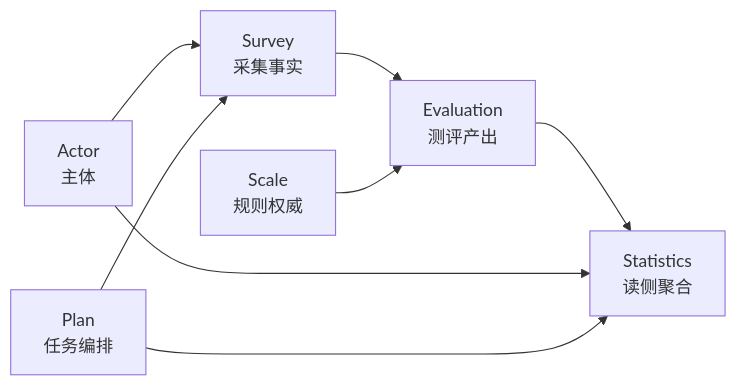
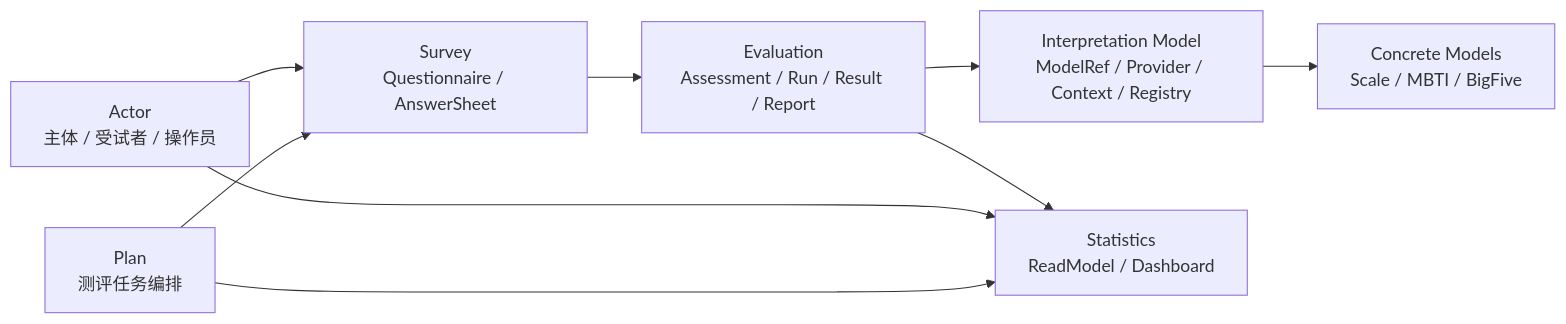
The fourth of 13 diagrams in docs/06-宣讲/10-架构图素材索引.md (FangcunMount/qs-server), drawn with Mermaid before and after one commit. The commit also changed other lines of this file and 25 other files, not shown here.

````diff
--- a/docs/06-宣讲/10-架构图素材索引.md
+++ b/docs/06-宣讲/10-架构图素材索引.md
@@ -244,17 +324,19 @@
 ```mermaid
 flowchart LR
-    Actor["Actor<br/>主体"]
-    Plan["Plan<br/>任务编排"]
-    Survey["Survey<br/>采集事实"]
-    Scale["Scale<br/>规则权威"]
-    Evaluation["Evaluation<br/>测评产出"]
-    Statistics["Statistics<br/>读侧聚合"]
+    Actor["Actor<br/>主体 / 受试者 / 操作员"]
+    Plan["Plan<br/>测评任务编排"]
+    Survey["Survey<br/>Questionnaire / AnswerSheet"]
+    IM["Interpretation Model<br/>ModelRef / Provider / Context / Registry"]
+    Models["Concrete Models<br/>Scale / MBTI / BigFive"]
+    Evaluation["Evaluation<br/>Assessment / Run / Result / Report"]
+    Statistics["Statistics<br/>ReadModel / Dashboard"]
 
     Actor --> Survey
     Plan --> Survey
     Survey --> Evaluation
-    Scale --> Evaluation
+    Evaluation --> IM
+    IM --> Models
     Evaluation --> Statistics
     Actor --> Statistics
     Plan --> Statistics
 ```
````
